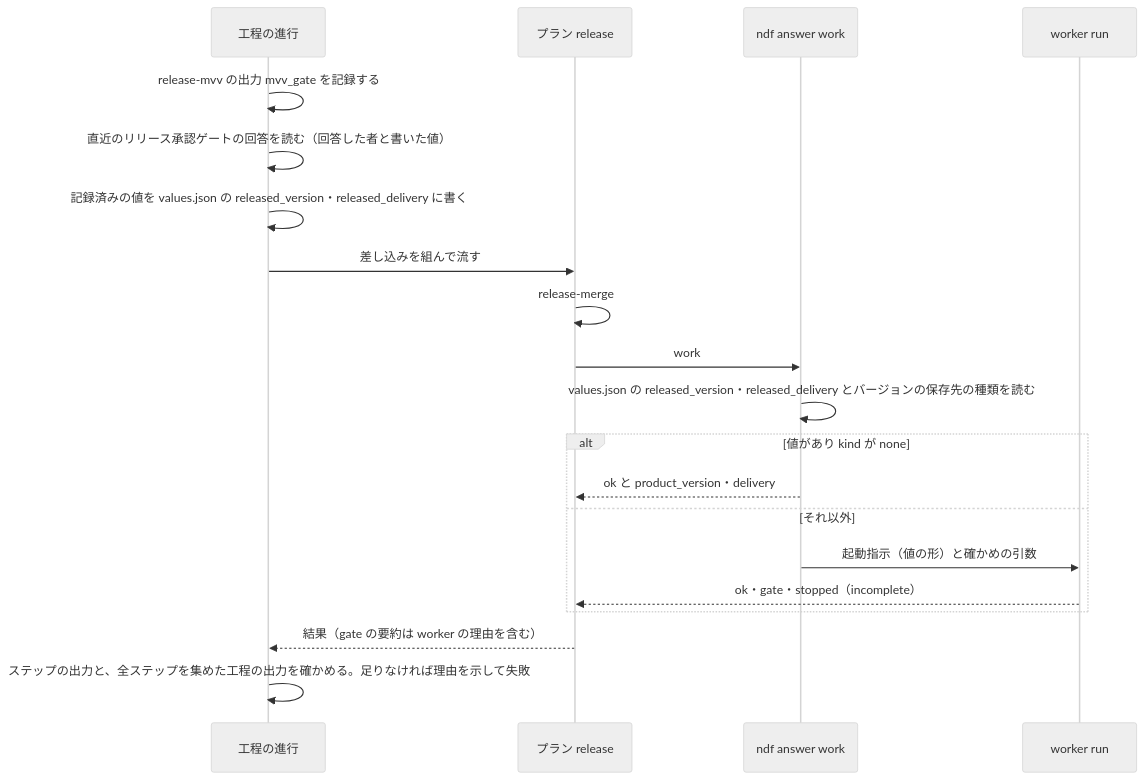
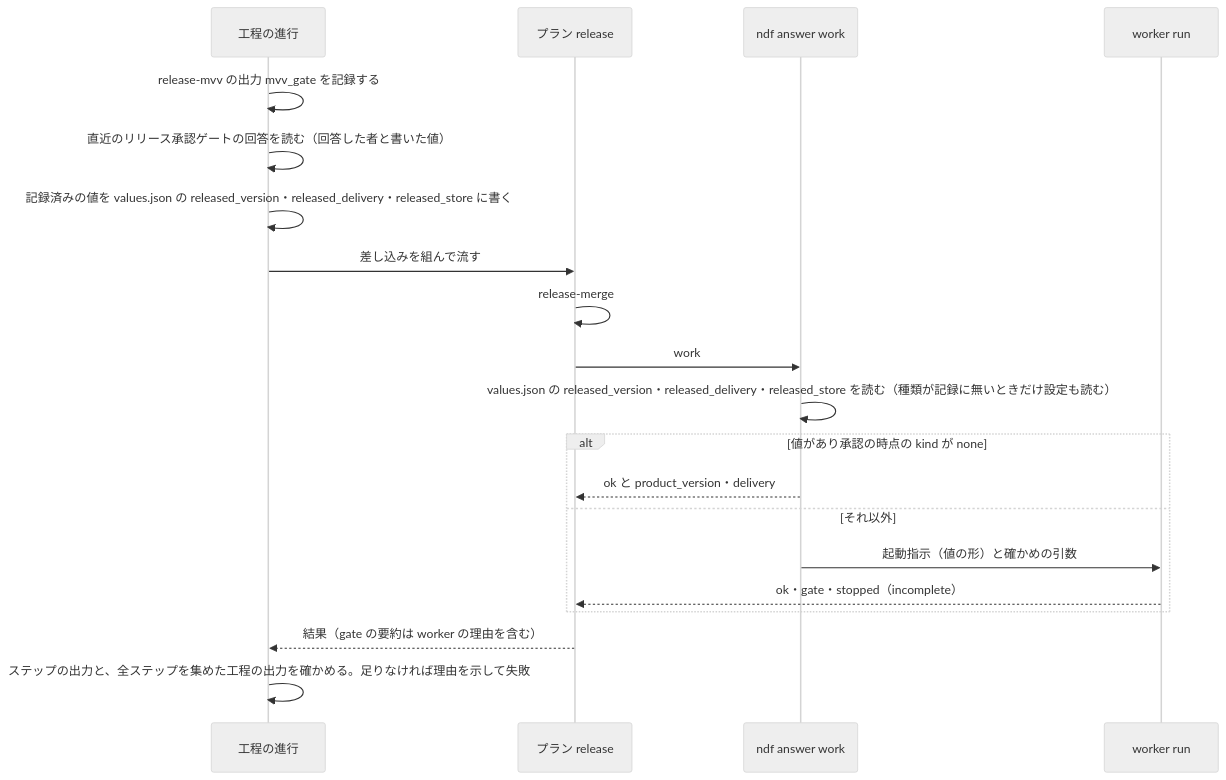
The third of 3 diagrams in issues/issue-4513-design.md (devbasex/ai-plugins), drawn with Mermaid (neutral theme) before and after one commit. The commit also changed other lines of this file and 2 other files, not shown here.

````diff
--- a/issues/issue-4513-design.md
+++ b/issues/issue-4513-design.md
@@ -163,22 +168,22 @@
 ```mermaid
 sequenceDiagram
   participant P as 工程の進行
   participant T as プラン release
   participant E as ndf answer work
   participant W as worker run
   P->>P: release-mvv の出力 mvv_gate を記録する
   P->>P: 直近のリリース承認ゲートの回答を読む（回答した者と書いた値）
-  P->>P: 記録済みの値を values.json の released_version・released_delivery に書く
+  P->>P: 記録済みの値を values.json の released_version・released_delivery・released_store に書く
   P->>T: 差し込みを組んで流す
   T->>T: release-merge
   T->>E: work
-  E->>E: values.json の released_version・released_delivery とバージョンの保存先の種類を読む
-  alt 値があり kind が none
+  E->>E: values.json の released_version・released_delivery・released_store を読む（種類が記録に無いときだけ設定も読む）
+  alt 値があり承認の時点の kind が none
     E-->>T: ok と product_version・delivery
   else それ以外
     E->>W: 起動指示（値の形）と確かめの引数
     W-->>T: ok・gate・stopped（incomplete）
   end
   T-->>P: 結果（gate の要約は worker の理由を含む）
   P->>P: ステップの出力と、全ステップを集めた工程の出力を確かめる。足りなければ理由を示して失敗
 ```
````
